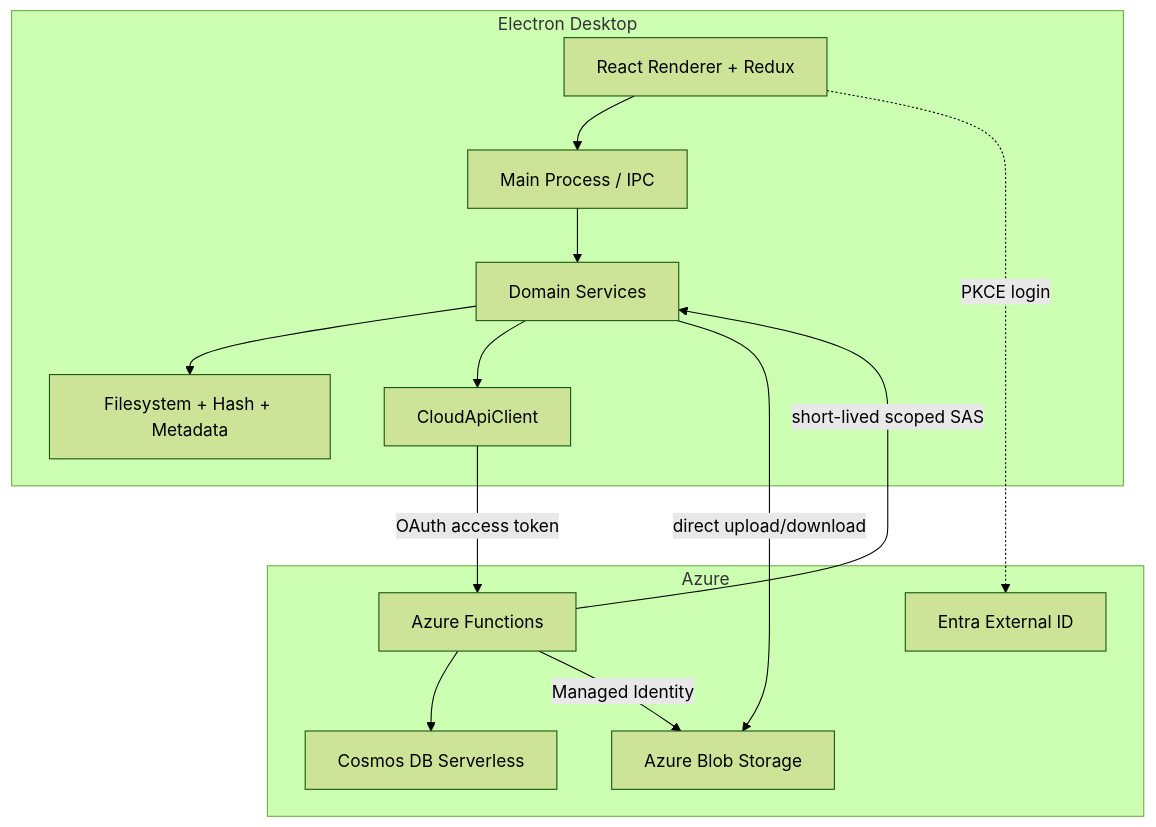
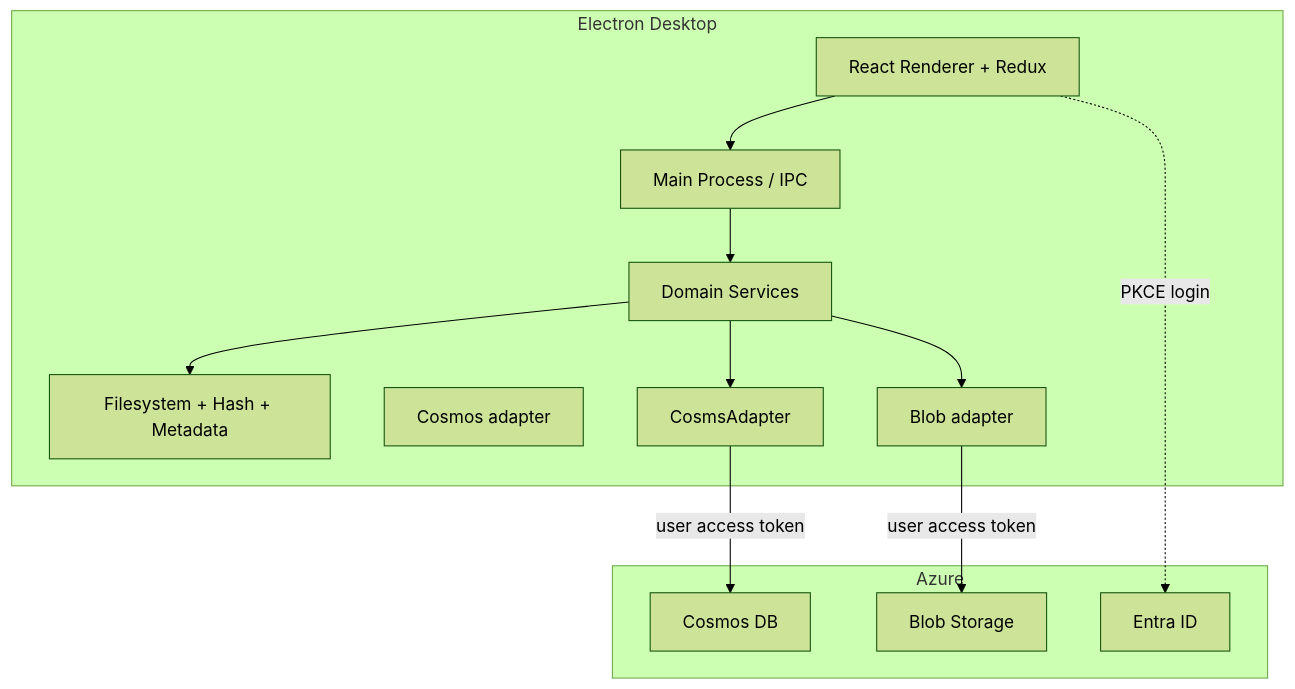
The diagram in ARCHITECTURE.md (digillent/yaadein), drawn with Mermaid (forest theme) before and after one commit. The commit also changed other lines of this file and 4 other files, not shown here.

First line of the commit message:
Use Entra user tokens for Cosmos/Blob; drop Functions from solo MVP.

````diff
--- a/ARCHITECTURE.md
+++ b/ARCHITECTURE.md
@@ -11,26 +11,24 @@
 ```mermaid
 flowchart TB
   subgraph desktop [Electron Desktop]
     UI[React Renderer + Redux]
     Main[Main Process / IPC]
     Domain[Domain Services]
     FS[Filesystem + Hash + Metadata]
-    Client[CloudApiClient]
+    CosmosAdapter[Cosmos adapter]
+    BlobAdapter[Blob adapter]
     UI --> Main
     Main --> Domain
     Domain --> FS
-    Domain --> Client
+    Domain --> CosmsAdapter
+    Domain --> BlobAdapter
   end
-  subgraph cloud [Azure]
-    API[Azure Functions]
-    Cosmos[Cosmos DB Serverless]
-    Blob[Azure Blob Storage]
-    Entra[Entra External ID]
-    Client -->|OAuth access token| API
+  subgraph azure [Azure]
+    Entra[Entra ID]
+    Cosms[Cosmos DB]
+    Blob[Blob Storage]
     UI -.->|PKCE login| Entra
-    API --> Cosmos
-    API -->|short-lived scoped SAS| Domain
-    Domain -->|direct upload/download| Blob
-    API -->|Managed Identity| Blob
+    CosmsAdapter -->|user access token| Cosms
+    BlobAdapter -->|user access token| Blob
   end
 ```
````
